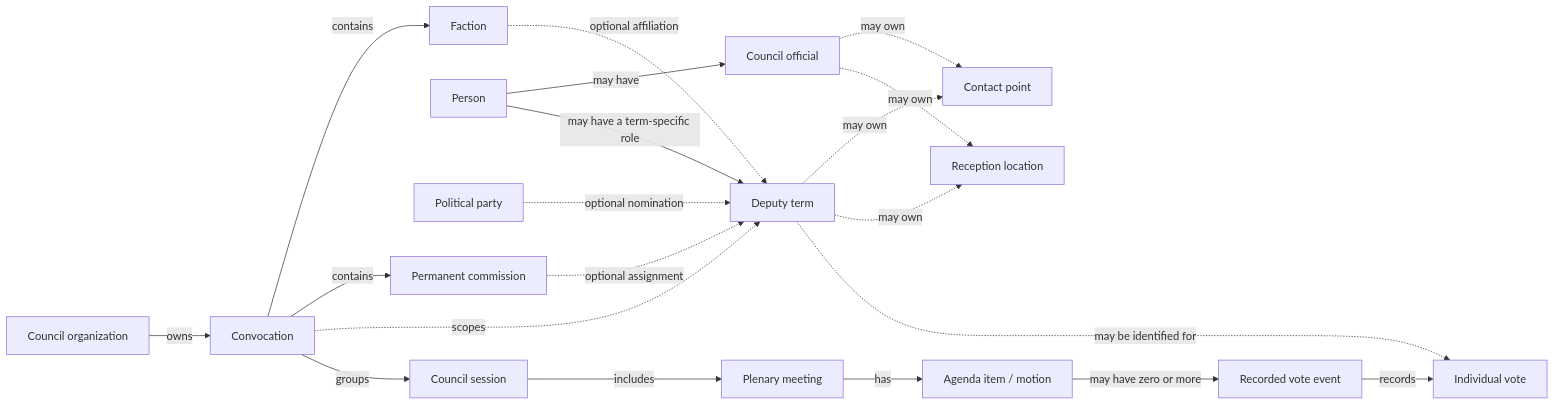
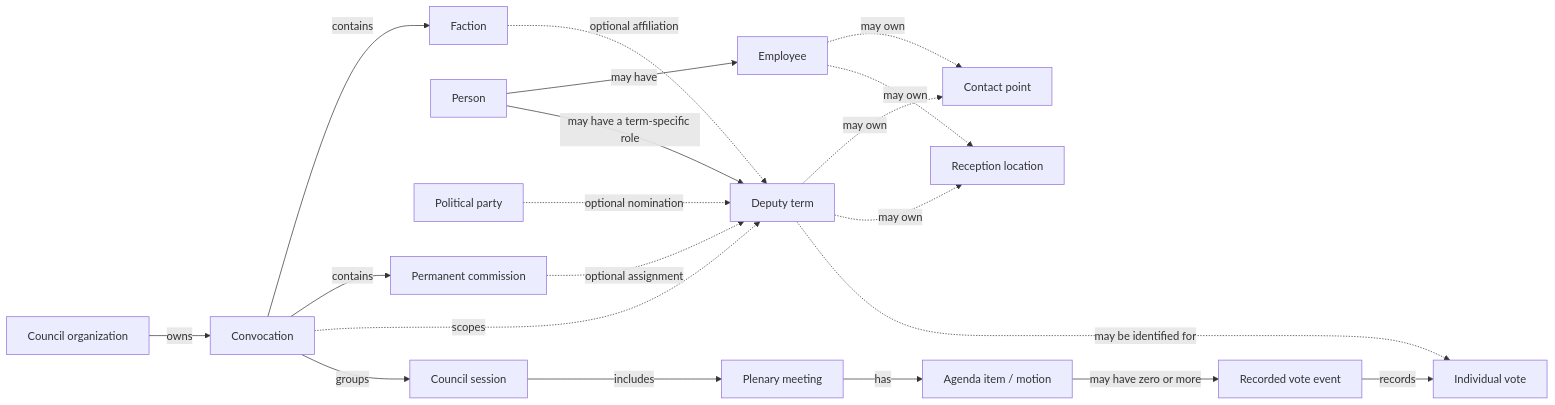
The first of 2 diagrams in docs/architecture/meetings.md (andriymiz/rada), drawn with Mermaid before and after one commit. The commit also changed other lines of this file and 23 other files, not shown here.

````diff
--- a/docs/architecture/meetings.md
+++ b/docs/architecture/meetings.md
@@ -11,38 +11,38 @@
 ```mermaid
 flowchart LR
     Organization[Council organization]
     Convocation[Convocation]
     Session[Council session]
     Meeting[Plenary meeting]
     Person[Person]
     Deputy[Deputy term]
-    Official[Council official]
+    Employee[Employee]
     Party[Political party]
     Commission[Permanent commission]
     Faction[Faction]
     Motion[Agenda item / motion]
     VoteEvent[Recorded vote event]
     Vote[Individual vote]
     Reception[Reception location]
     ContactPoint[Contact point]
 
     Organization -->|owns| Convocation
     Convocation -->|groups| Session
     Session -->|includes| Meeting
     Person -->|may have a term-specific role| Deputy
-    Person -->|may have| Official
+    Person -->|may have| Employee
     Convocation -. scopes .-> Deputy
     Party -. optional nomination .-> Deputy
     Commission -. optional assignment .-> Deputy
     Faction -. optional affiliation .-> Deputy
     Convocation -->|contains| Commission
     Convocation -->|contains| Faction
     Meeting -->|has| Motion
     Motion -->|may have zero or more| VoteEvent
     VoteEvent -->|records| Vote
     Deputy -. may be identified for .-> Vote
     Deputy -. may own .-> Reception
-    Official -. may own .-> Reception
+    Employee -. may own .-> Reception
     Deputy -. may own .-> ContactPoint
-    Official -. may own .-> ContactPoint
+    Employee -. may own .-> ContactPoint
 ```
````
